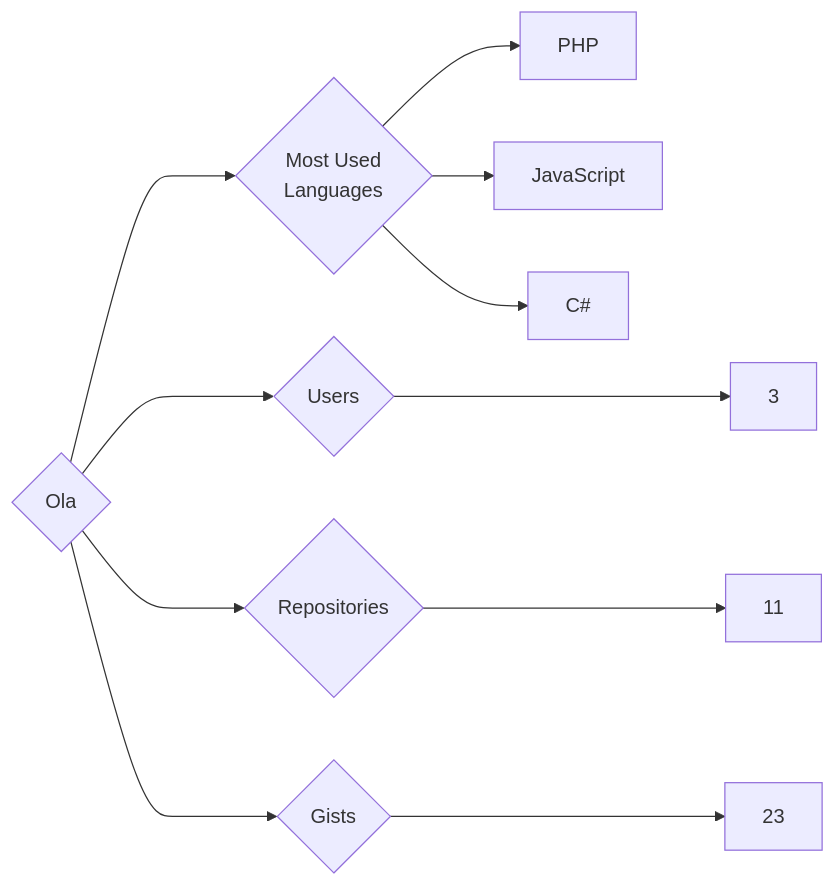
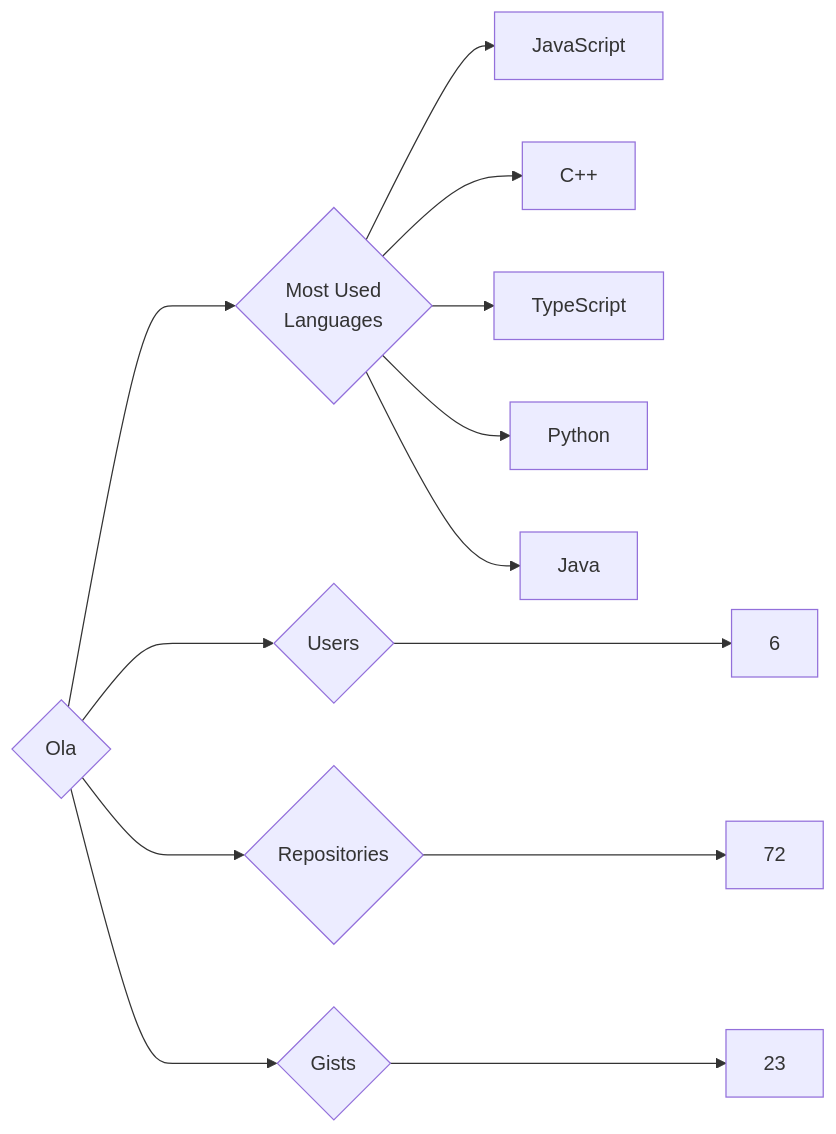
The diagram in targets/Ola/README.md (trickest/insiders), drawn with Mermaid before and after one commit. The commit also changed 1248 other files, not shown here.

````diff
--- a/targets/Ola/README.md
+++ b/targets/Ola/README.md
@@ -3,11 +3,13 @@
 ```mermaid
 graph LR
 COMPANY_NAME{Ola}
-COMPANY_NAME ---> U{Users} ---> UN[3]
-COMPANY_NAME ---> R{Repositories} ---> RN[11]
+COMPANY_NAME ---> U{Users} ---> UN[6]
+COMPANY_NAME ---> R{Repositories} ---> RN[72]
 COMPANY_NAME ---> G{Gists} ---> GN[23]
 COMPANY_NAME ---> ML{Most Used<br>Languages}
-ML --> PHP[PHP]
 ML --> JavaScript[JavaScript]
-ML --> C#[C#]
+ML --> C++[C++]
+ML --> TypeScript[TypeScript]
+ML --> Python[Python]
+ML --> Java[Java]
 ```
````
